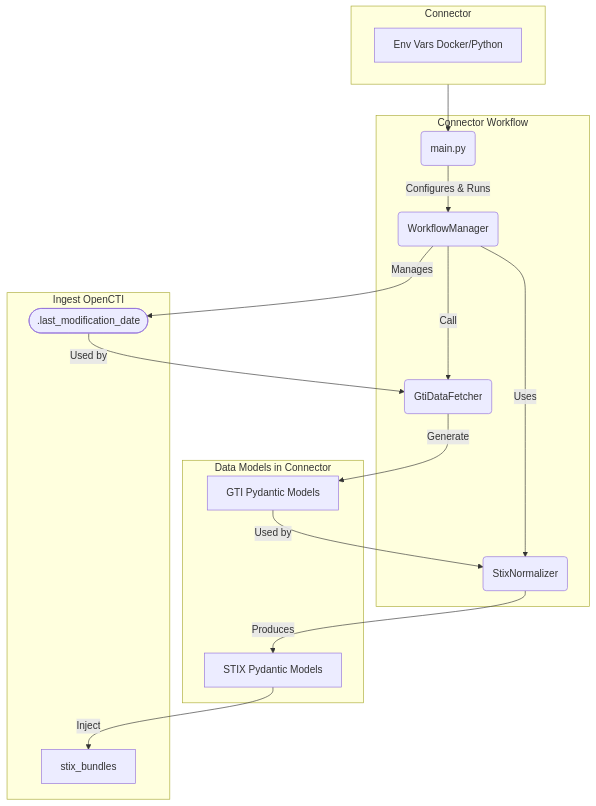
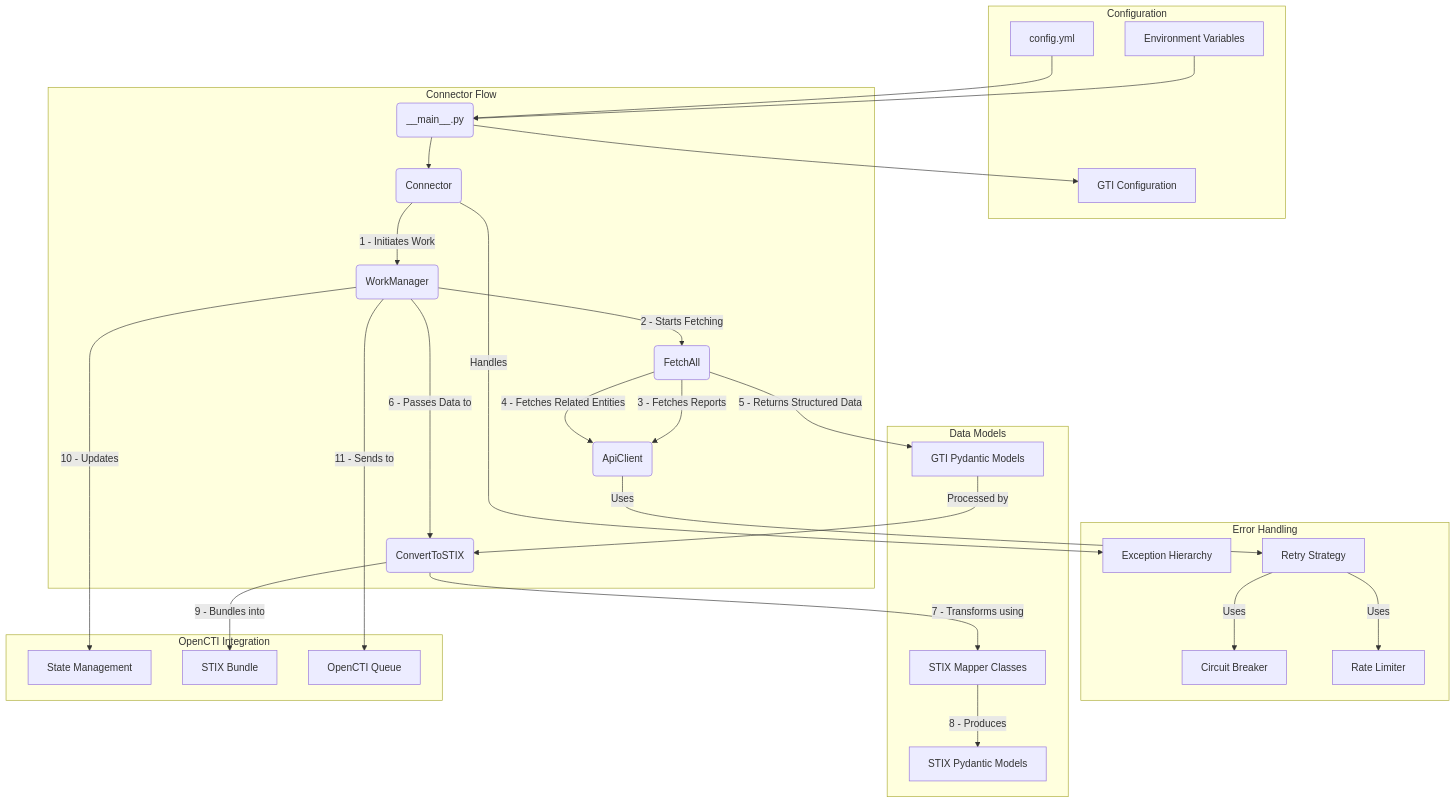
One commit to OpenCTI-Platform/connectors changed the diagram in external-import/google-ti-feeds/README.md. Above: the diagram before and after it, drawn with Mermaid. The commit also changed other lines of this file and 86 other files, not shown here.

````diff
--- a/external-import/google-ti-feeds/README.md
+++ b/external-import/google-ti-feeds/README.md
@@ -30,36 +31,61 @@
 ```mermaid
 graph TD
-    subgraph Connector
-        Docker[Env Vars Docker/Python]
+    subgraph Configuration
+        DockerEnv[Environment Variables]
+        ConfigYml[config.yml]
+        GTIConfig[GTI Configuration]
     end
 
-    subgraph Connector Workflow
-        Main(main.py)
-        WM(WorkflowManager)
-        Fetcher(GtiDataFetcher)
-        Normalizer(StixNormalizer)
+    subgraph Connector Flow
+        Main("__main__.py")
+        Connector("Connector")
+        WorkManager("WorkManager")
+        FetchAll("FetchAll")
+        ConvertToSTIX("ConvertToSTIX")
+        ApiClient("ApiClient")
     end
 
-    subgraph Data Models in Connector
-        GTIModels[GTI Pydantic Models]
-        STIXModels[STIX Pydantic Models]
+    subgraph Error Handling
+        ExceptionHandling["Exception Hierarchy"]
+        CircuitBreaker["Circuit Breaker"]
+        RetryStrategy["Retry Strategy"]
+        RateLimiter["Rate Limiter"]
     end
 
-    subgraph Ingest OpenCTI
-        StateFile([.last_modification_date])
-        JSONBundles[stix_bundles]
+    subgraph Data Models
+        GTIModels["GTI Pydantic Models"]
+        MapperClasses["STIX Mapper Classes"]
+        STIXModels["STIX Pydantic Models"]
     end
 
-    Connector --> Main
-    Main -- Configures & Runs --> WM
-    WM -- Call --> Fetcher
-    WM -- Uses --> Normalizer
-    WM -- Manages --> StateFile
-    STIXModels -- Inject --> JSONBundles
+    subgraph OpenCTI Integration
+        StateManagement["State Management"]
+        StixBundle["STIX Bundle"]
+        OpenCTIQueue["OpenCTI Queue"]
+    end
 
-    Fetcher -- Generate --> GTIModels
-    GTIModels -- Used by --> Normalizer
+    DockerEnv --> Main
+    ConfigYml --> Main
+    Main --> GTIConfig
+    Main --> Connector
 
-    Normalizer -- Produces --> STIXModels
-    StateFile -- Used by --> Fetcher
+    Connector -- "1 - Initiates Work" --> WorkManager
+    WorkManager -- "2 - Starts Fetching" --> FetchAll
+    FetchAll -- "3 - Fetches Reports" --> ApiClient
+    FetchAll -- "4 - Fetches Related Entities" --> ApiClient
+    ApiClient -- "Uses" --> RetryStrategy
+    RetryStrategy -- "Uses" --> CircuitBreaker
+    RetryStrategy -- "Uses" --> RateLimiter
+
+    FetchAll -- "5 - Returns Structured Data" --> GTIModels
+    WorkManager -- "6 - Passes Data to" --> ConvertToSTIX
+    GTIModels -- "Processed by" --> ConvertToSTIX
+    ConvertToSTIX -- "7 - Transforms using" --> MapperClasses
+    MapperClasses -- "8 - Produces" --> STIXModels
+
+    ConvertToSTIX -- "9 - Bundles into" --> StixBundle
+    WorkManager -- "10 - Updates" --> StateManagement
+    WorkManager -- "11 - Sends to" --> OpenCTIQueue
+
+    Connector -- "Handles" --> ExceptionHandling
 ```
````
